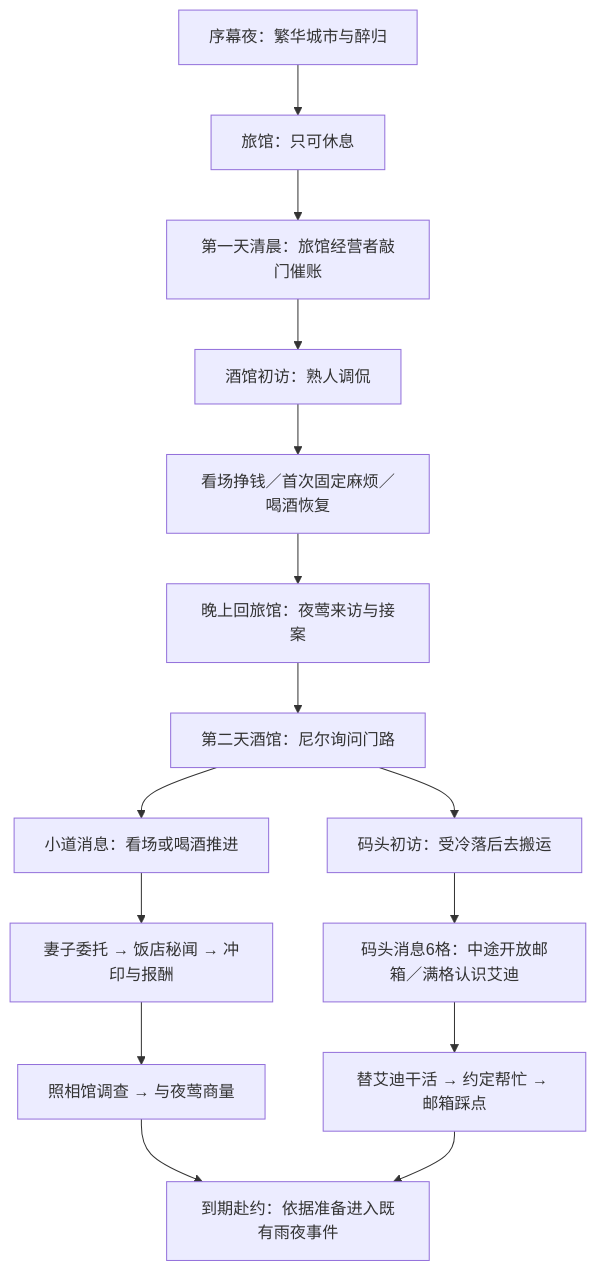
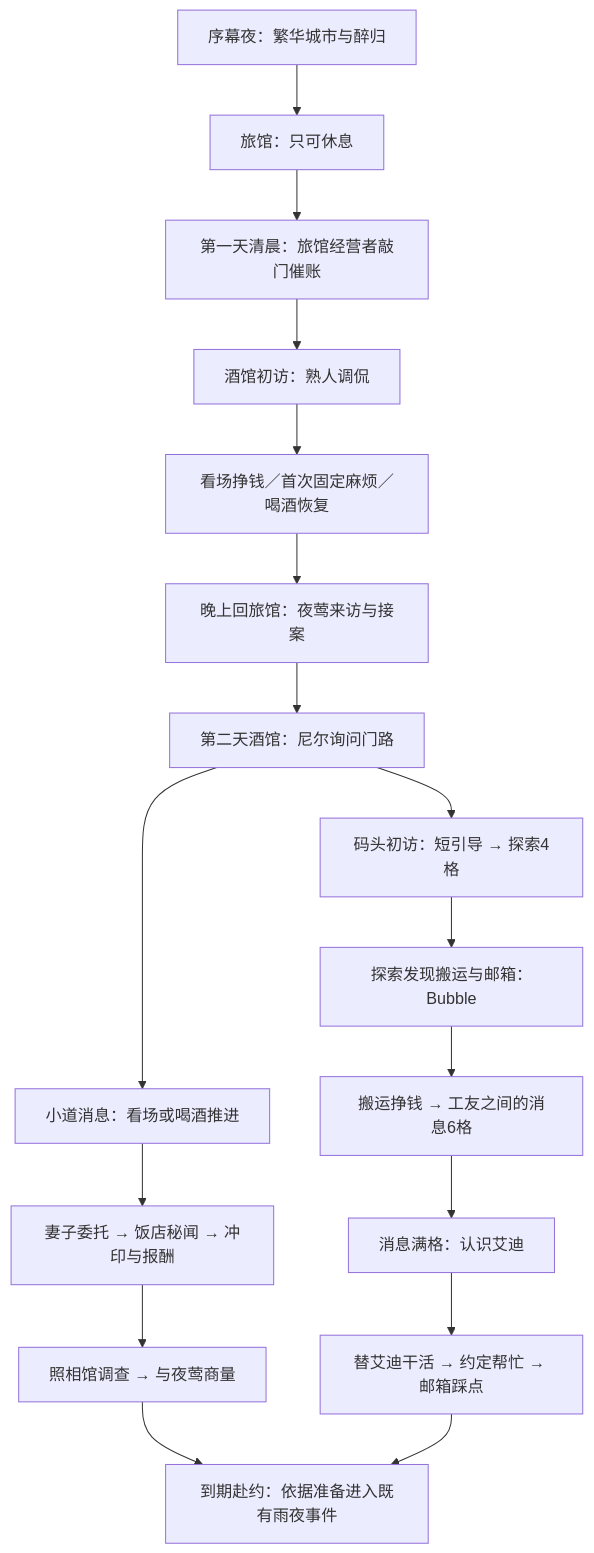
Before and after one commit to guopanqi/ssnoir: the diagram in docs/剧本/第一节开场与筹备流程初稿.md, drawn with Mermaid. The commit also changed other lines of this file, not shown here.

````diff
--- a/docs/剧本/第一节开场与筹备流程初稿.md
+++ b/docs/剧本/第一节开场与筹备流程初稿.md
@@ -15,17 +15,19 @@
 ```mermaid
 flowchart TD
     A[序幕夜：繁华城市与醉归] --> B[旅馆：只可休息]
     B --> C[第一天清晨：旅馆经营者敲门催账]
     C --> D[酒馆初访：熟人调侃]
     D --> E[看场挣钱／首次固定麻烦／喝酒恢复]
     E --> F[晚上回旅馆：夜莺来访与接案]
     F --> G[第二天酒馆：尼尔询问门路]
     G --> H[小道消息：看场或喝酒推进]
-    G --> I[码头初访：受冷落后去搬运]
+    G --> I[码头初访：短引导 → 探索4格]
     H --> J[妻子委托 → 饭店秘闻 → 冲印与报酬]
     J --> K[照相馆调查 → 与夜莺商量]
-    I --> L[码头消息6格：中途开放邮箱／满格认识艾迪]
-    L --> M[替艾迪干活 → 约定帮忙 → 邮箱踩点]
+    I --> L[探索发现搬运与邮箱：Bubble]
+    L --> W[搬运挣钱 → 工友之间的消息6格]
+    W --> M0[消息满格：认识艾迪]
+    M0 --> M[替艾迪干活 → 约定帮忙 → 邮箱踩点]
     K --> N[到期赴约：依据准备进入既有雨夜事件]
     M --> N
 ```
````
